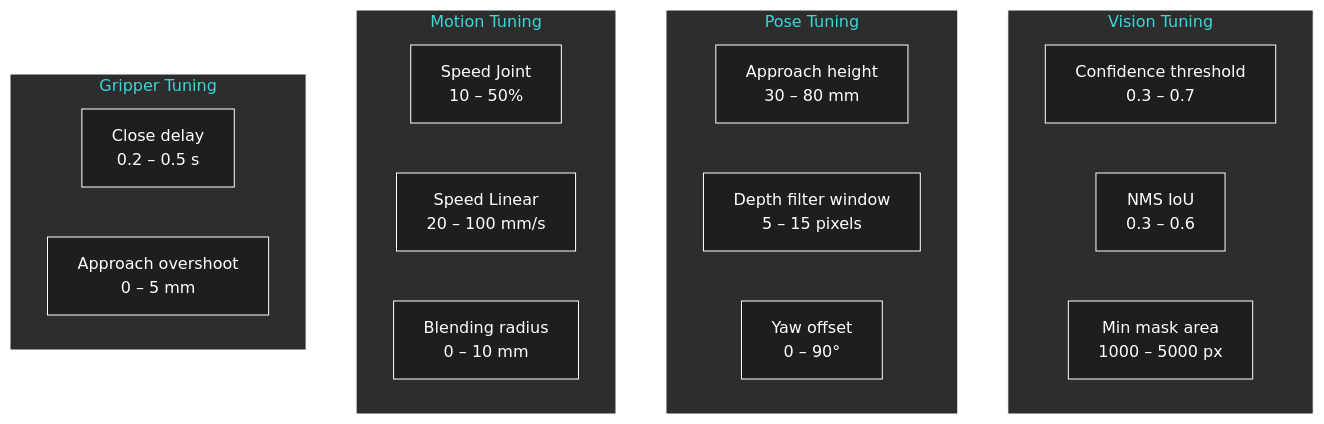
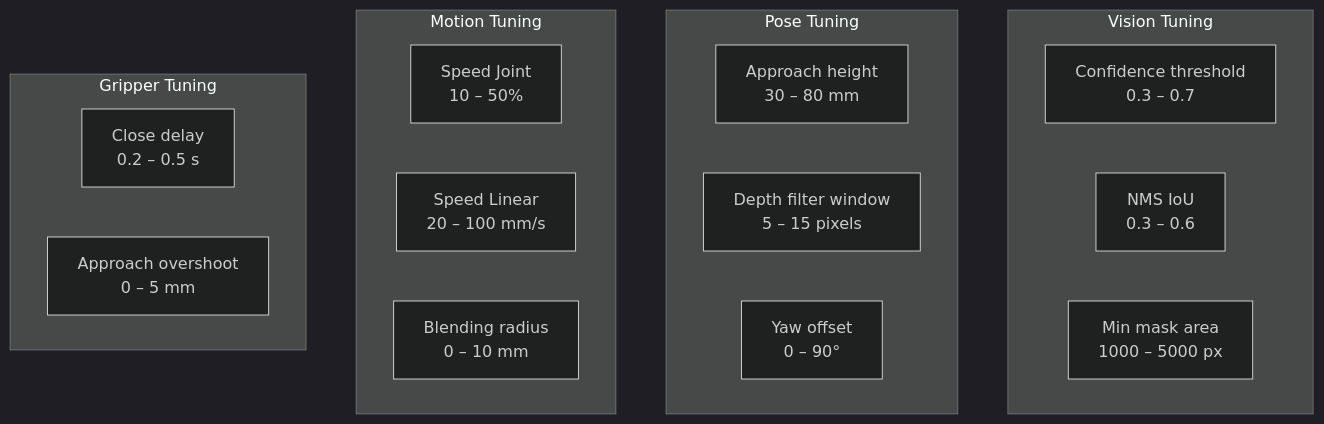
The eighth of 10 diagrams in docs/phat_bieu_bai_toan_v3_2_HD.md (manhhv87/DTwinGP7), drawn with Mermaid before and after one commit. The commit also changed other lines of this file and 37 other files, not shown here.

````diff
--- a/docs/phat_bieu_bai_toan_v3_2_HD.md
+++ b/docs/phat_bieu_bai_toan_v3_2_HD.md
@@ -605,26 +798,26 @@
 ```mermaid
-%%{init: {'theme':'base', 'themeVariables': {'fontSize':'16px','primaryColor':'#1565C0','primaryTextColor':'#fff','primaryBorderColor':'#fff','lineColor':'#fff','secondaryColor':'#2E7D32','tertiaryColor':'#C62828','background':'#1e1e1e','mainBkg':'#1e1e1e','secondBkg':'#252525','clusterBkg':'#2d2d2d','clusterBorder':'#fff','edgeLabelBackground':'#1e1e1e','textColor':'#fff'}}}%%
+%%{init: {'theme':'dark'}}%%
 graph TB
     subgraph "Vision Tuning"
         V1[Confidence threshold<br/>0.3 – 0.7]
         V2[NMS IoU<br/>0.3 – 0.6]
         V3[Min mask area<br/>1000 – 5000 px]
     end
     
     subgraph "Pose Tuning"
         P1[Approach height<br/>30 – 80 mm]
         P2[Depth filter window<br/>5 – 15 pixels]
         P3[Yaw offset<br/>0 – 90°]
     end
     
     subgraph "Motion Tuning"
         M1[Speed Joint<br/>10 – 50%]
         M2[Speed Linear<br/>20 – 100 mm/s]
         M3[Blending radius<br/>0 – 10 mm]
     end
     
     subgraph "Gripper Tuning"
         G1[Close delay<br/>0.2 – 0.5 s]
         G2[Approach overshoot<br/>0 – 5 mm]
     end
 ```
````
